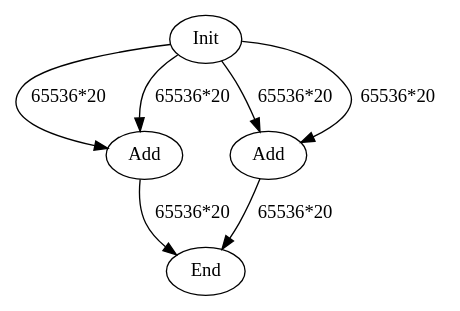
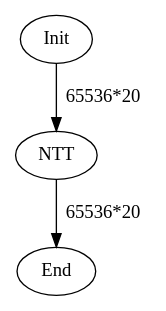
Before and after one commit to hal-lab-u-tokyo/PolyFHE: the diagram in data/graph_poly.dot, drawn with Graphviz. The commit also changed 5 other files, not shown here.

```diff
--- a/data/graph_poly.dot
+++ b/data/graph_poly.dot
@@ -1,12 +1,7 @@
 digraph G {
 Init[label="Init"];
-Add0[label="Add"];
-Add1[label="Add"];
+NTT0[label="NTT"];
 End[label="End"];
-Init->Add0[label="65536*20"];
-Init->Add0[label="65536*20"];
-Init->Add1[label="65536*20"];
-Init->Add1[label="65536*20"];
-Add0->End[label="65536*20"];
-Add1->End[label="65536*20"];
+Init->NTT0[label="65536*20"];
+NTT0->End[label="65536*20"];
 }
```
